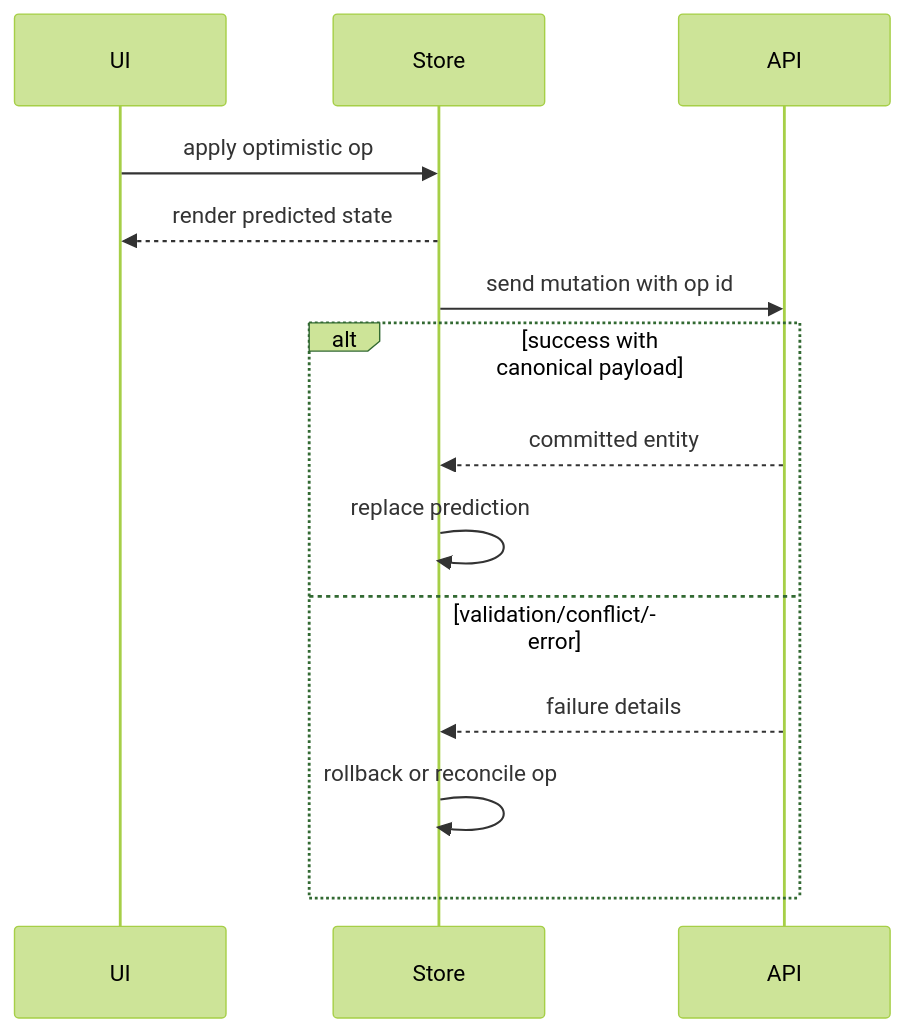
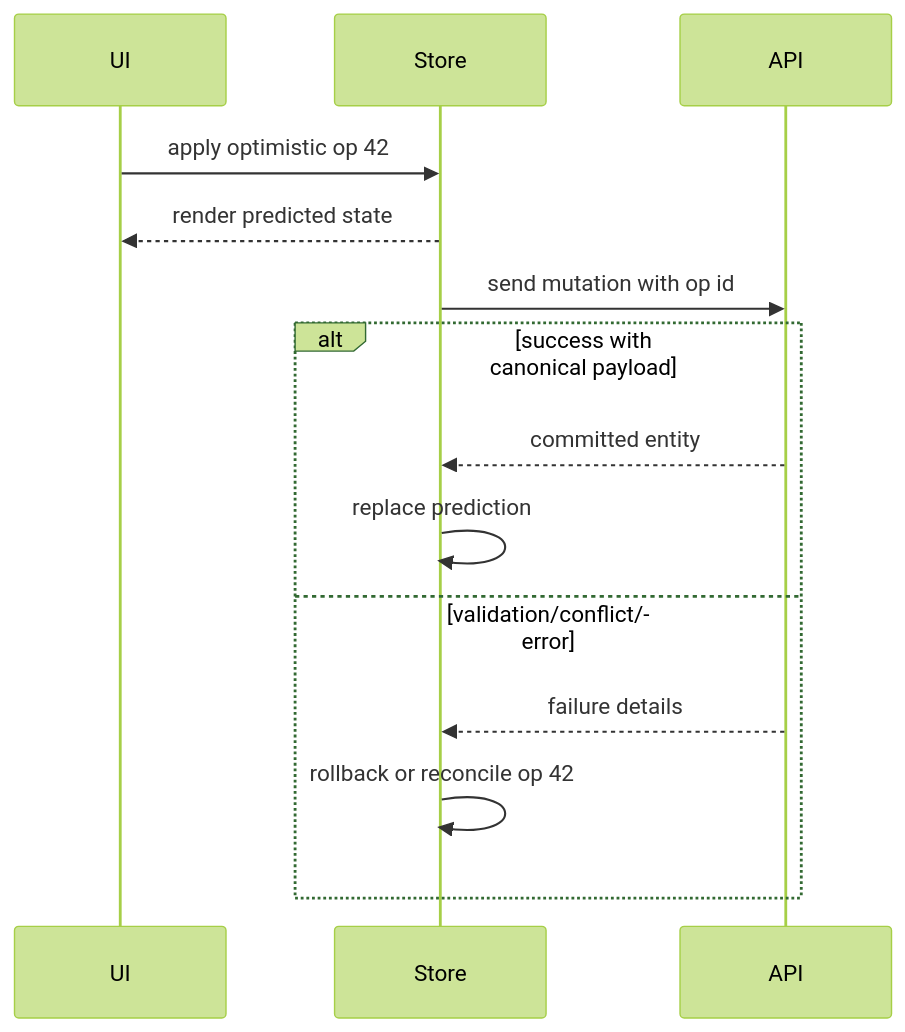
One commit to vabs/vabs.github.io changed the diagram in content/post/optimistic-ui-rollback-strategy.md. Above: the diagram before and after it, drawn with Mermaid (forest theme). The commit also changed 87 other files, not shown here.

First line of the commit message:
Fix: Readable mermaid diagrams and fact-check blog posts

```diff
--- a/content/post/optimistic-ui-rollback-strategy.md
+++ b/content/post/optimistic-ui-rollback-strategy.md
@@ -14,16 +14,16 @@
 {{< mermaid >}}
 sequenceDiagram
     participant UI
     participant Store
     participant API
-    UI->>Store: apply optimistic op #42
+    UI->>Store: apply optimistic op 42
     Store-->>UI: render predicted state
     Store->>API: send mutation with op id
     alt success with canonical payload
         API-->>Store: committed entity
         Store->>Store: replace prediction
     else validation/conflict/error
         API-->>Store: failure details
-        Store->>Store: rollback or reconcile op #42
+        Store->>Store: rollback or reconcile op 42
     end
 {{< /mermaid >}}
```
